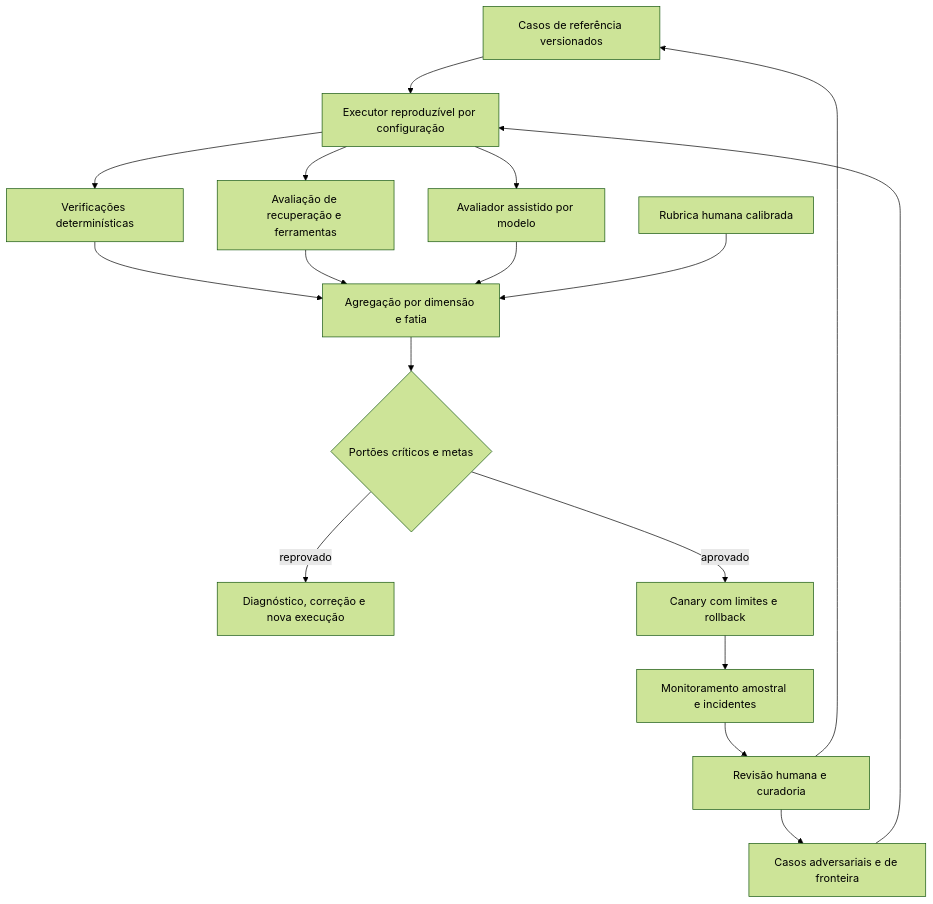
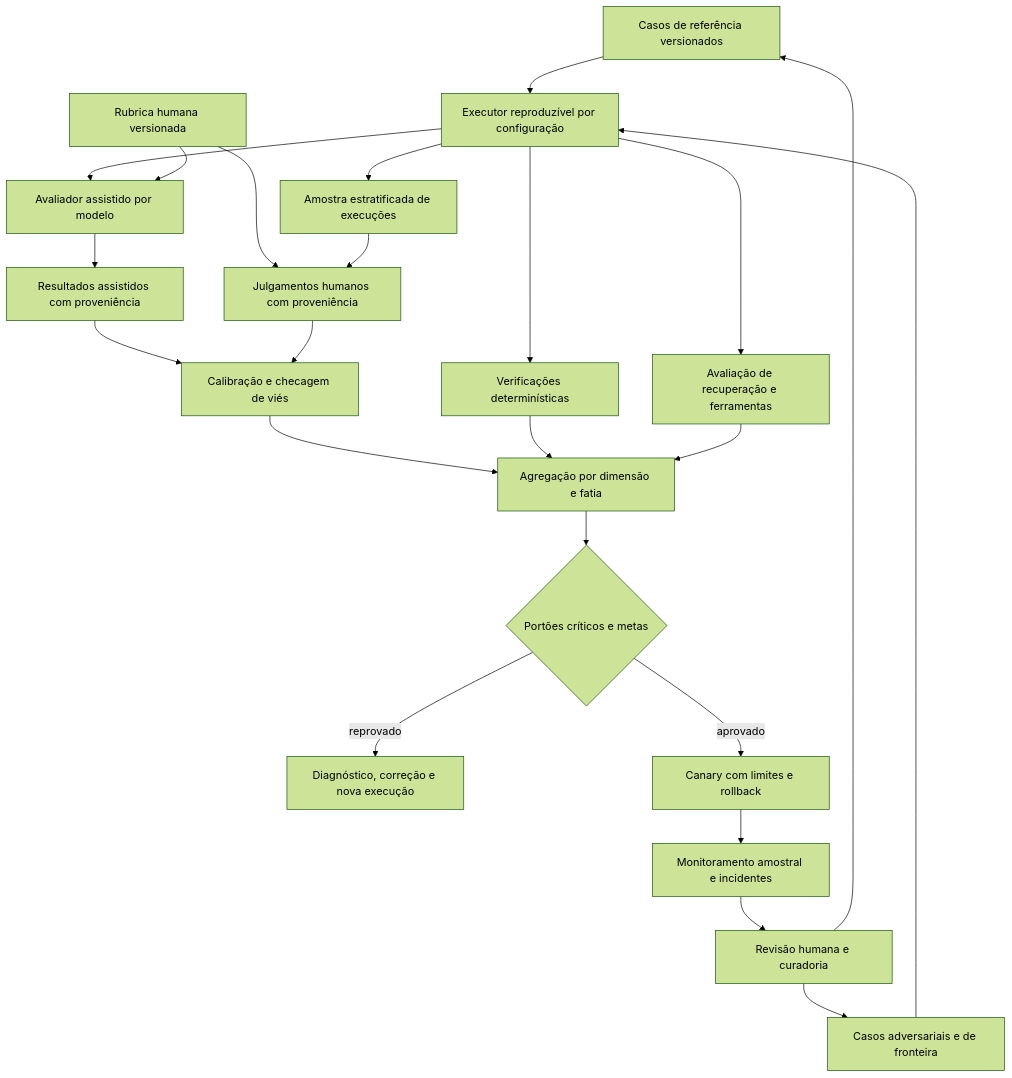
Before and after one commit to aulas-marco/arquitetura-solucoes-ia-generativa: the second of 2 diagrams in docs/modulo-5-confianca/exemplo-arquitetural.md, drawn with Mermaid (forest theme). The commit also changed other lines of this file and 1 other file, not shown here.

Commit message:
fix: close trust and evaluation diagram flows

````diff
--- a/docs/modulo-5-confianca/exemplo-arquitetural.md
+++ b/docs/modulo-5-confianca/exemplo-arquitetural.md
@@ -61,19 +64,25 @@
 ```mermaid
 flowchart TD
     C["Casos de referência versionados"] --> X["Executor reproduzível por configuração"]
     A["Casos adversariais e de fronteira"] --> X
     X --> D["Verificações determinísticas"]
     X --> K["Avaliação de recuperação e ferramentas"]
     X --> J["Avaliador assistido por modelo"]
-    D --> G["Agregação por dimensão e fatia"]
+    J --> AM["Resultados assistidos com proveniência"]
+    X --> SAMP["Amostra estratificada de execuções"]
+    RUB["Rubrica humana versionada"] --> HJ
+    RUB --> J
+    SAMP --> HJ["Julgamentos humanos com proveniência"]
+    AM --> CAL["Calibração e checagem de viés"]
+    HJ --> CAL
+    CAL --> G["Agregação por dimensão e fatia"]
+    D --> G
     K --> G
-    J --> G
-    H["Rubrica humana calibrada"] --> G
     G --> Q{"Portões críticos e metas"}
     Q -->|"reprovado"| F["Diagnóstico, correção e nova execução"]
     Q -->|"aprovado"| N["Canary com limites e rollback"]
     N --> O["Monitoramento amostral e incidentes"]
     O --> R["Revisão humana e curadoria"]
     R --> C
     R --> A
 ```
````
